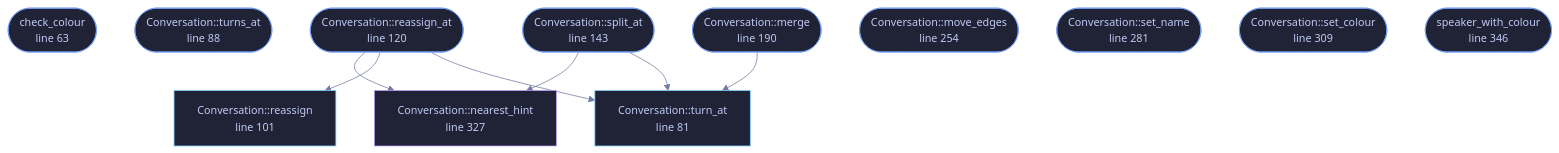
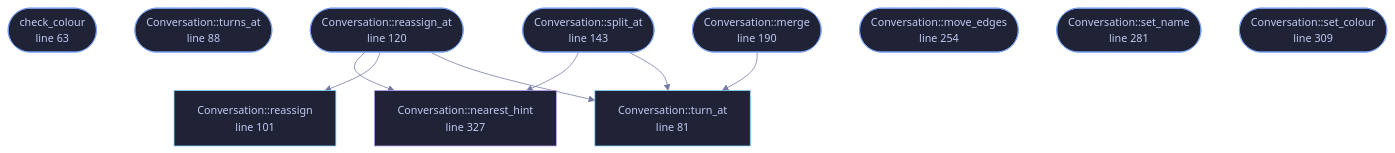
The diagram in wiki/File-veilvoice-conversation-edit.md (tilas01/veilvoice), drawn with Mermaid before and after one commit. The commit also changed other lines of this file and 59 other files, not shown here.

````diff
--- a/wiki/File-veilvoice-conversation-edit.md
+++ b/wiki/File-veilvoice-conversation-edit.md
@@ -100,40 +99,38 @@
 ```mermaid
 %%{init: {"theme":"base","themeVariables":{"background":"#1a1b26","primaryColor":"#1f2335","primaryTextColor":"#c0caf5","primaryBorderColor":"#7aa2f7","secondaryColor":"#16161e","tertiaryColor":"#16161e","lineColor":"#737aa2","textColor":"#c0caf5","mainBkg":"#1f2335","nodeBorder":"#7aa2f7","clusterBkg":"#16161e","clusterBorder":"#2f3549","fontFamily":"ui-monospace, SFMono-Regular, Consolas, monospace","fontSize":"14px"}}}%%
 flowchart TD
     n_check_colour(["check_colour<br/>line 63"])
     n_turn_at["Conversation::turn_at<br/>line 81"]
     n_turns_at(["Conversation::turns_at<br/>line 88"])
     n_reassign["Conversation::reassign<br/>line 101"]
     n_reassign_at(["Conversation::reassign_at<br/>line 120"])
     n_split_at(["Conversation::split_at<br/>line 143"])
     n_merge(["Conversation::merge<br/>line 190"])
     n_move_edges(["Conversation::move_edges<br/>line 254"])
     n_set_name(["Conversation::set_name<br/>line 281"])
     n_set_colour(["Conversation::set_colour<br/>line 309"])
     n_nearest_hint["Conversation::nearest_hint<br/>line 327"]
-    n_speaker_with_colour(["speaker_with_colour<br/>line 346"])
     n_merge --> n_turn_at
     n_reassign_at --> n_nearest_hint
     n_reassign_at --> n_reassign
     n_reassign_at --> n_turn_at
     n_split_at --> n_nearest_hint
     n_split_at --> n_turn_at
     click n_check_colour href "https://github.com/tilas01/veilvoice/blob/main/crates/veilvoice-conversation/src/edit.rs#L63" "open the source"
     click n_turn_at href "https://github.com/tilas01/veilvoice/blob/main/crates/veilvoice-conversation/src/edit.rs#L81" "open the source"
     click n_turns_at href "https://github.com/tilas01/veilvoice/blob/main/crates/veilvoice-conversation/src/edit.rs#L88" "open the source"
     click n_reassign href "https://github.com/tilas01/veilvoice/blob/main/crates/veilvoice-conversation/src/edit.rs#L101" "open the source"
     click n_reassign_at href "https://github.com/tilas01/veilvoice/blob/main/crates/veilvoice-conversation/src/edit.rs#L120" "open the source"
     click n_split_at href "https://github.com/tilas01/veilvoice/blob/main/crates/veilvoice-conversation/src/edit.rs#L143" "open the source"
     click n_merge href "https://github.com/tilas01/veilvoice/blob/main/crates/veilvoice-conversation/src/edit.rs#L190" "open the source"
     click n_move_edges href "https://github.com/tilas01/veilvoice/blob/main/crates/veilvoice-conversation/src/edit.rs#L254" "open the source"
     click n_set_name href "https://github.com/tilas01/veilvoice/blob/main/crates/veilvoice-conversation/src/edit.rs#L281" "open the source"
     click n_set_colour href "https://github.com/tilas01/veilvoice/blob/main/crates/veilvoice-conversation/src/edit.rs#L309" "open the source"
     click n_nearest_hint href "https://github.com/tilas01/veilvoice/blob/main/crates/veilvoice-conversation/src/edit.rs#L327" "open the source"
-    click n_speaker_with_colour href "https://github.com/tilas01/veilvoice/blob/main/crates/veilvoice-conversation/src/edit.rs#L346" "open the source"
     classDef entry fill:#1f2335,stroke:#7aa2f7,color:#c0caf5
-    class n_check_colour,n_turns_at,n_reassign_at,n_split_at,n_merge,n_move_edges,n_set_name,n_set_colour,n_speaker_with_colour entry
+    class n_check_colour,n_turns_at,n_reassign_at,n_split_at,n_merge,n_move_edges,n_set_name,n_set_colour entry
     classDef api fill:#1f2335,stroke:#7dcfff,color:#c0caf5
     class n_turn_at,n_reassign api
     classDef helper fill:#1f2335,stroke:#bb9af7,color:#c0caf5
     class n_nearest_hint helper
 ```
````
